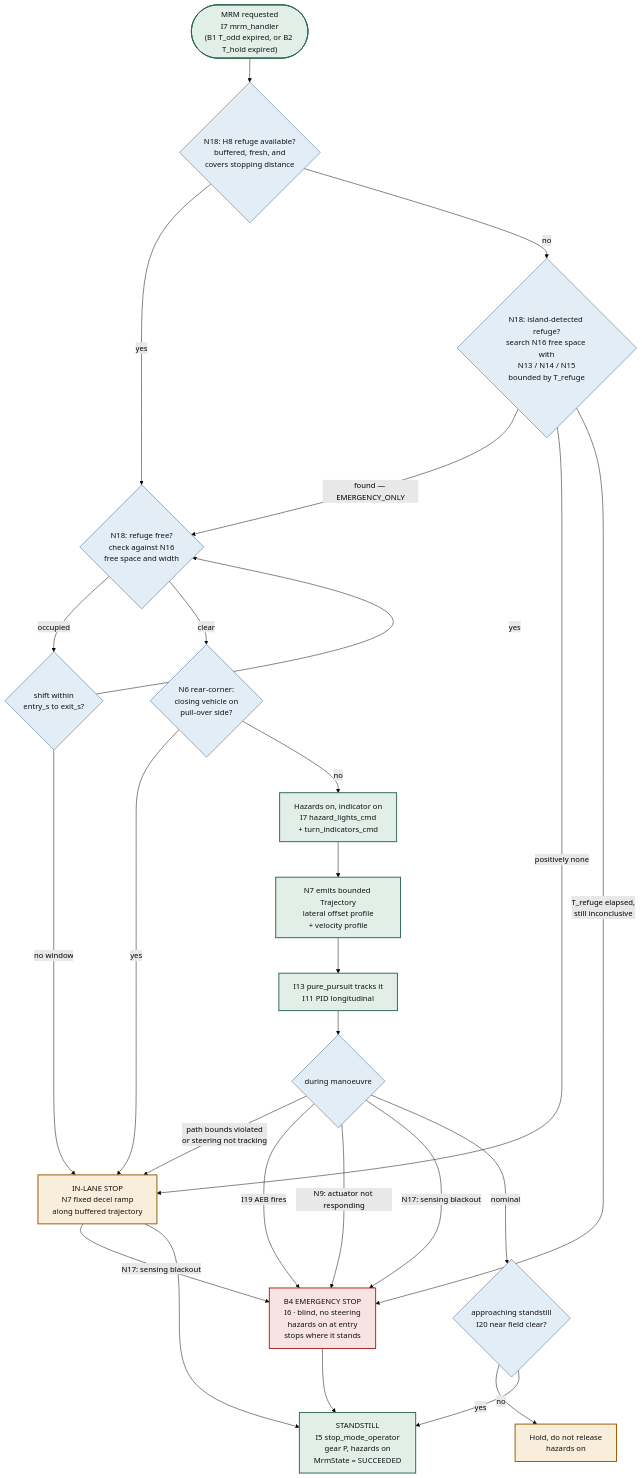
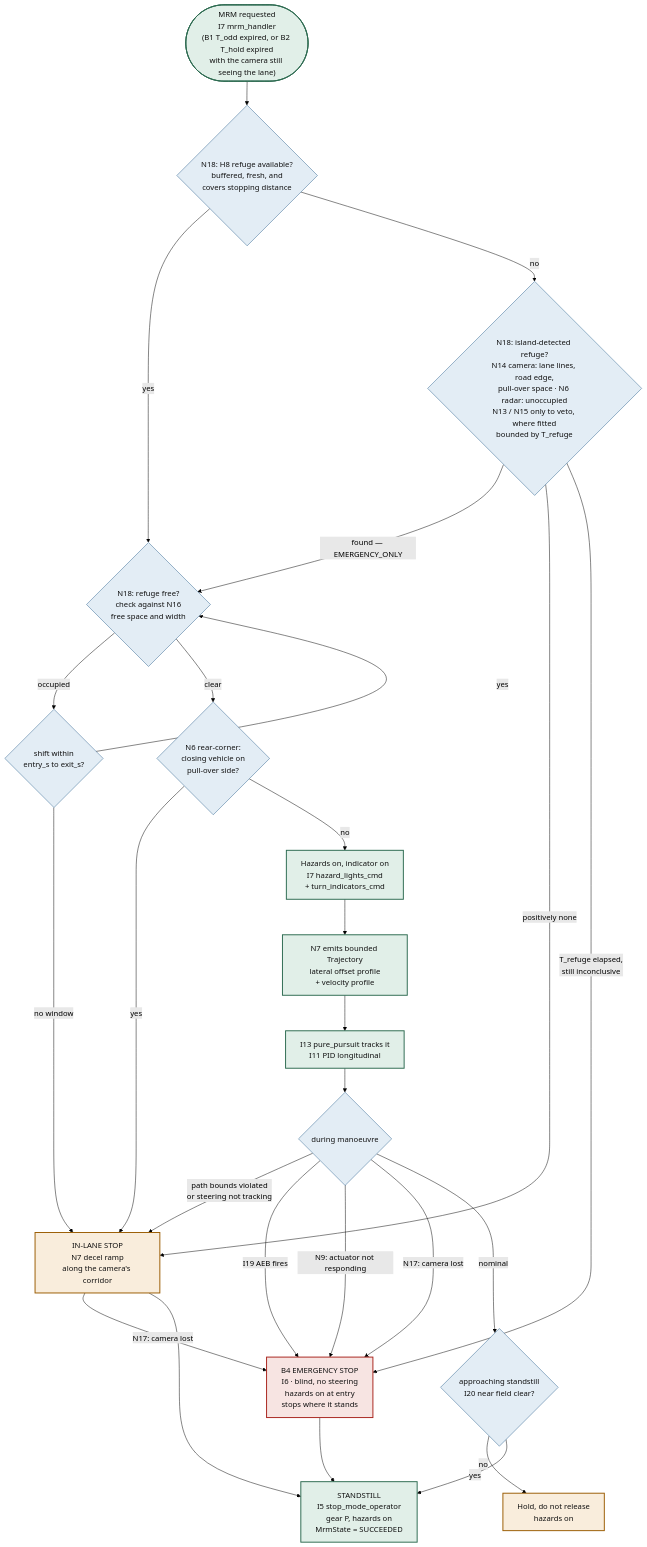
Diagram 12 of 13 in docs/L4SafetyIsland_SoftwareDesign_GitHub.md (autowarefoundation/RFC_L4_SafetyIslandDesign), drawn with Mermaid (forest theme) before and after one commit. The commit also changed other lines of this file and 22 other files, not shown here.

````diff
--- a/docs/L4SafetyIsland_SoftwareDesign_GitHub.md
+++ b/docs/L4SafetyIsland_SoftwareDesign_GitHub.md
@@ -2586,39 +2948,39 @@
 ```mermaid
 flowchart TB
-    START(["MRM requested<br/>I7 mrm_handler<br/>(B1 T_odd expired, or B2 T_hold expired)"]) --> AVAIL{"N18: H8 refuge available?<br/>buffered, fresh, and<br/>covers stopping distance"}
+    START(["MRM requested<br/>I7 mrm_handler<br/>(B1 T_odd expired, or B2 T_hold expired<br/>with the camera still seeing the lane)"]) --> AVAIL{"N18: H8 refuge available?<br/>buffered, fresh, and<br/>covers stopping distance"}
     AVAIL -->|yes| VERIFY{"N18: refuge free?<br/>check against N16<br/>free space and width"}
-    AVAIL -->|no| SEARCH{"N18: island-detected refuge?<br/>search N16 free space with<br/>N13 / N14 / N15<br/>bounded by T_refuge"}
+    AVAIL -->|no| SEARCH{"N18: island-detected refuge?<br/>N14 camera: lane lines, road edge,<br/>pull-over space · N6 radar: unoccupied<br/>N13 / N15 only to veto, where fitted<br/>bounded by T_refuge"}
     SEARCH -->|"found — EMERGENCY_ONLY"| VERIFY
     SEARCH -->|"positively none"| INLANE
     SEARCH -->|"T_refuge elapsed,<br/>still inconclusive"| ESTOP
-    INLANE["IN-LANE STOP<br/>N7 fixed decel ramp<br/>along buffered trajectory"]
+    INLANE["IN-LANE STOP<br/>N7 decel ramp<br/>along the camera's corridor"]
     VERIFY -->|occupied| SHIFT{"shift within<br/>entry_s to exit_s?"}
     SHIFT -->|no window| INLANE
     SHIFT -->|yes| VERIFY
     VERIFY -->|clear| REAR{"N6 rear-corner:<br/>closing vehicle on<br/>pull-over side?"}
     REAR -->|yes| INLANE
     REAR -->|no| SIGNAL["Hazards on, indicator on<br/>I7 hazard_lights_cmd<br/>+ turn_indicators_cmd"]
     SIGNAL --> PLAN["N7 emits bounded Trajectory<br/>lateral offset profile<br/>+ velocity profile"]
     PLAN --> TRACK["I13 pure_pursuit tracks it<br/>I11 PID longitudinal"]
     TRACK --> MON{"during manoeuvre"}
     MON -->|"path bounds violated<br/>or steering not tracking"| INLANE
     MON -->|"I19 AEB fires"| ESTOP["B4 EMERGENCY STOP<br/>I6 · blind, no steering<br/>hazards on at entry<br/>stops where it stands"]
     MON -->|"N9: actuator not responding"| ESTOP
-    MON -->|"N17: sensing blackout"| ESTOP
-    INLANE -->|"N17: sensing blackout"| ESTOP
+    MON -->|"N17: camera lost"| ESTOP
+    INLANE -->|"N17: camera lost"| ESTOP
     MON -->|nominal| NEAR{"approaching standstill<br/>I20 near field clear?"}
     NEAR -->|no| HOLD["Hold, do not release<br/>hazards on"]
     NEAR -->|yes| DONE["STANDSTILL<br/>I5 stop_mode_operator<br/>gear P, hazards on<br/>MrmState = SUCCEEDED"]
     INLANE --> DONE
     ESTOP --> DONE
 
     classDef ok fill:#e1efe8,stroke:#2c6a50,stroke-width:2px,color:#101010;
     classDef dec fill:#e3edf5,stroke:#2f638f,stroke-width:1px,color:#101010;
     classDef warn fill:#f9eddc,stroke:#9a5b00,stroke-width:2px,color:#101010;
     classDef bad fill:#f7e4e2,stroke:#a8231c,stroke-width:2px,color:#101010;
     class START,SIGNAL,PLAN,TRACK ok;
     class AVAIL,SEARCH,VERIFY,SHIFT,REAR,MON,NEAR dec;
     class INLANE,HOLD warn;
     class ESTOP bad;
     class DONE ok;
 ```
````
